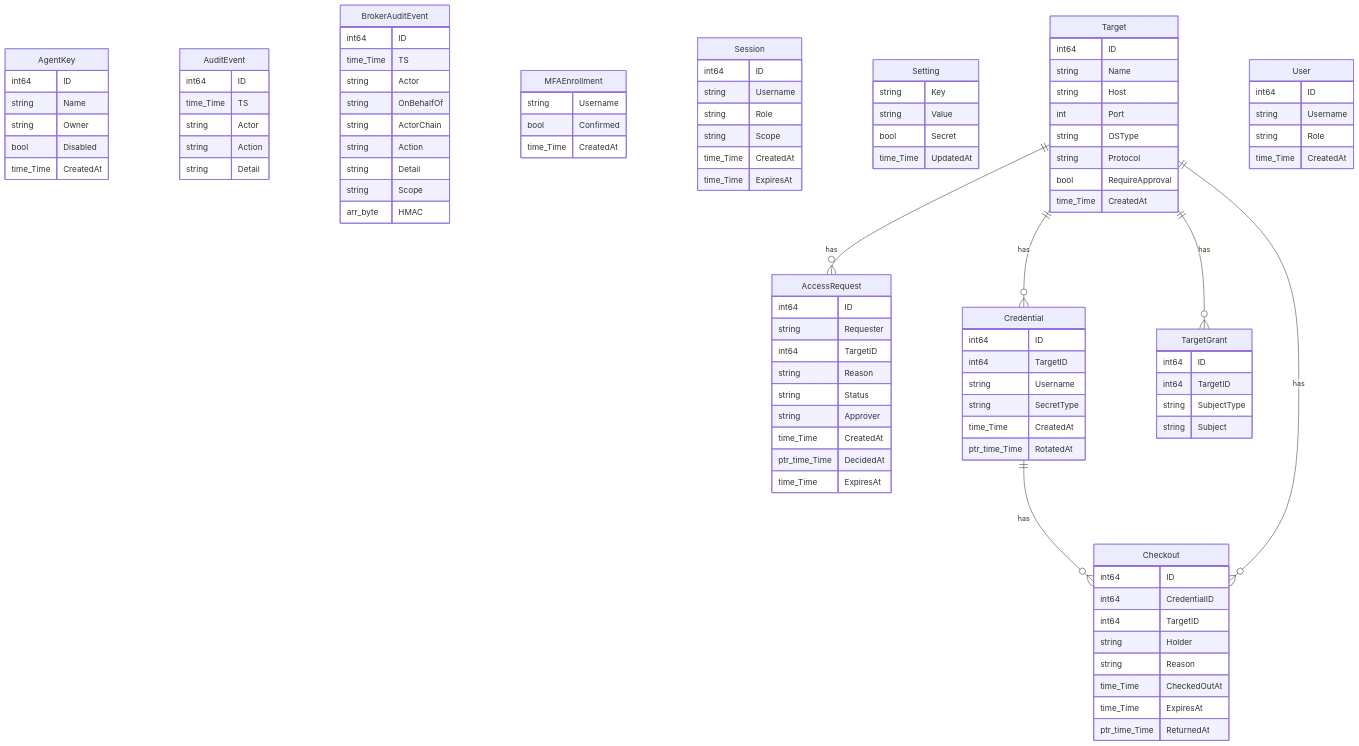
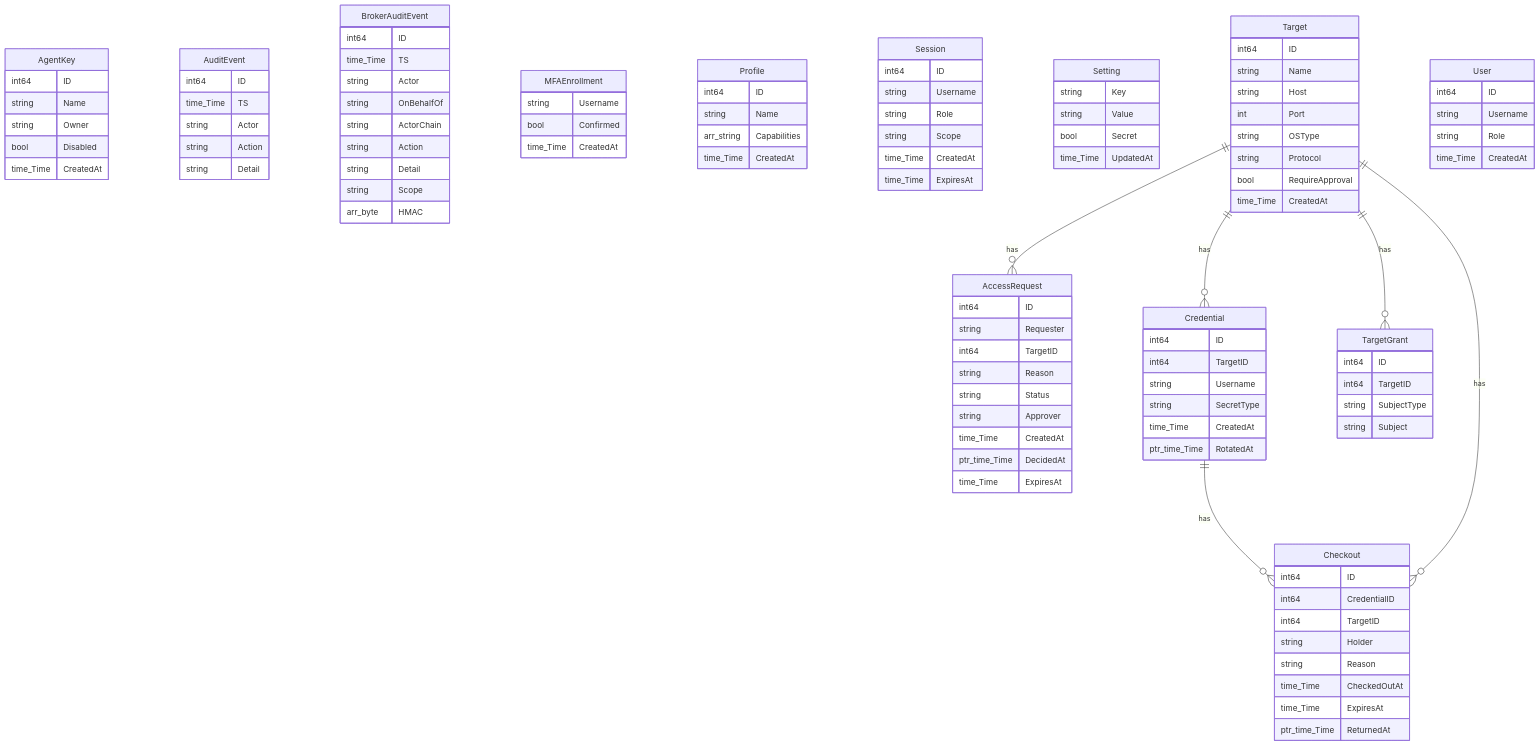
One commit to morandeirachema/pamv1 changed the second of 2 diagrams in docs/ARCHITECTURE-DIAGRAMS.md. Above: the diagram before and after it, drawn with Mermaid. The commit also changed other lines of this file and 17 other files, not shown here.

```diff
--- a/docs/ARCHITECTURE-DIAGRAMS.md
+++ b/docs/ARCHITECTURE-DIAGRAMS.md
@@ -191,6 +191,12 @@
     bool Confirmed
     time_Time CreatedAt
   }
+  Profile {
+    int64 ID
+    string Name
+    arr_string Capabilities
+    time_Time CreatedAt
+  }
   Session {
     int64 ID
     string Username
```
